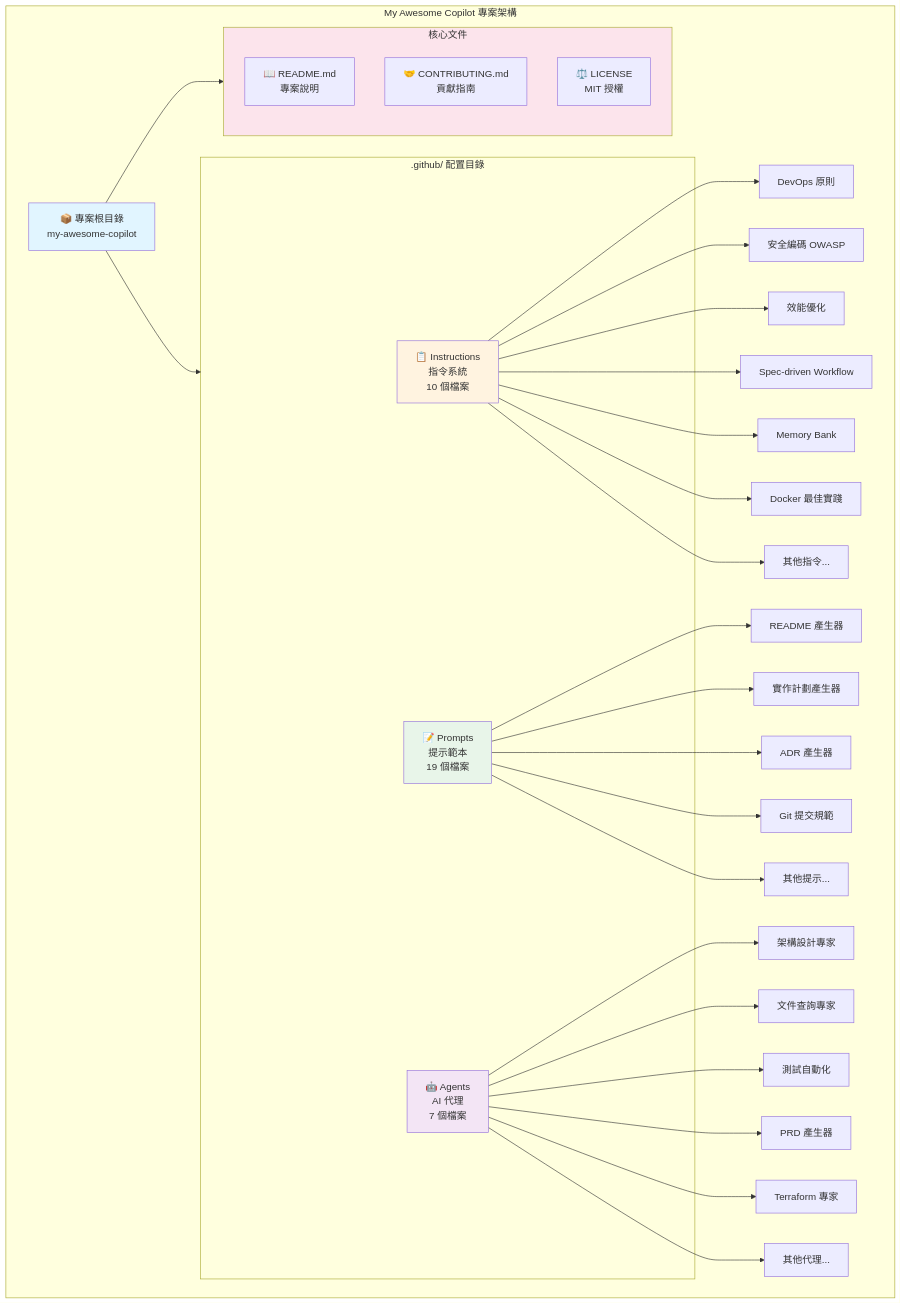
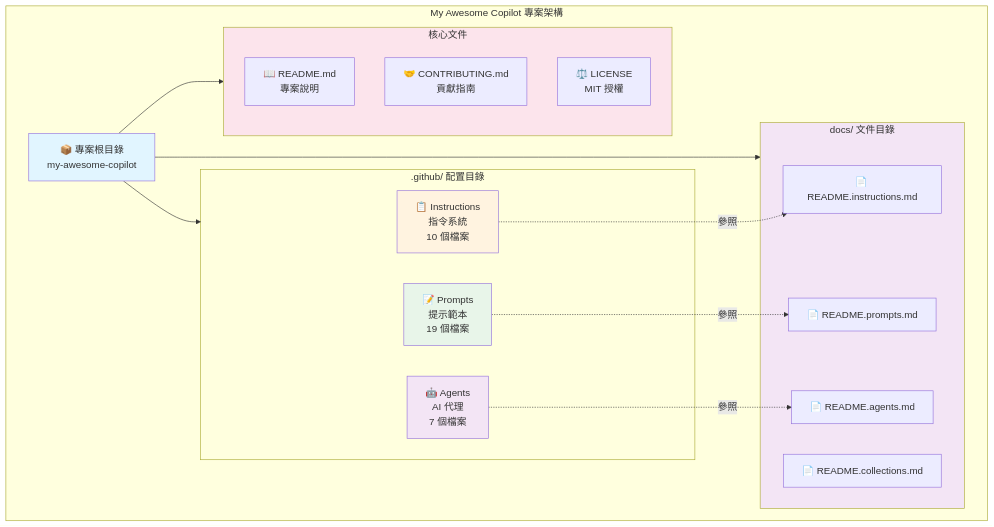
The diagram in README.md (rockexe0000/my-awesome-copilot), drawn with Mermaid before and after one commit. The commit also changed other lines of this file, not shown here.

Commit message:
refactor(instructions): move instruction files to .github directory

````diff
--- a/README.md
+++ b/README.md
@@ -118,48 +101,40 @@
 ```mermaid
 graph TB
     subgraph "My Awesome Copilot 專案架構"
         Root[📦 專案根目錄<br/>my-awesome-copilot]
         
         subgraph GitHub[".github/ 配置目錄"]
             Instructions[📋 Instructions<br/>指令系統<br/>10 個檔案]
             Prompts[📝 Prompts<br/>提示範本<br/>19 個檔案]
             Agents[🤖 Agents<br/>AI 代理<br/>7 個檔案]
         end
         
+        subgraph Docs["docs/ 文件目錄"]
+            DocsInst[📄 README.instructions.md]
+            DocsPrompts[📄 README.prompts.md]
+            DocsAgents[📄 README.agents.md]
+            DocsColls[📄 README.collections.md]
+        end
+        
         subgraph Core["核心文件"]
             README[📖 README.md<br/>專案說明]
             CONTRIB[🤝 CONTRIBUTING.md<br/>貢獻指南]
             LICENSE[⚖️ LICENSE<br/>MIT 授權]
         end
         
         Root --> GitHub
+        Root --> Docs
         Root --> Core
         
-        Instructions --> DevOps[DevOps 原則]
-        Instructions --> Security[安全編碼 OWASP]
-        Instructions --> Performance[效能優化]
-        Instructions --> Workflow[Spec-driven Workflow]
-        Instructions --> Memory[Memory Bank]
-        Instructions --> Docker[Docker 最佳實踐]
-        Instructions --> Others[其他指令...]
-        
-        Prompts --> ReadmeGen[README 產生器]
-        Prompts --> PlanGen[實作計劃產生器]
-        Prompts --> ADRGen[ADR 產生器]
-        Prompts --> Commit[Git 提交規範]
-        Prompts --> Others2[其他提示...]
-        
-        Agents --> Arch[架構設計專家]
-        Agents --> Context7[文件查詢專家]
-        Agents --> Playwright[測試自動化]
-        Agents --> PRD[PRD 產生器]
-        Agents --> Terraform[Terraform 專家]
-        Agents --> Others3[其他代理...]
+        Instructions -.參照.-> DocsInst
+        Prompts -.參照.-> DocsPrompts
+        Agents -.參照.-> DocsAgents
     end
     
     style Root fill:#e1f5ff
     style Instructions fill:#fff3e0
     style Prompts fill:#e8f5e9
     style Agents fill:#f3e5f5
+    style Docs fill:#f3e5f5
     style Core fill:#fce4ec
 ```
````
